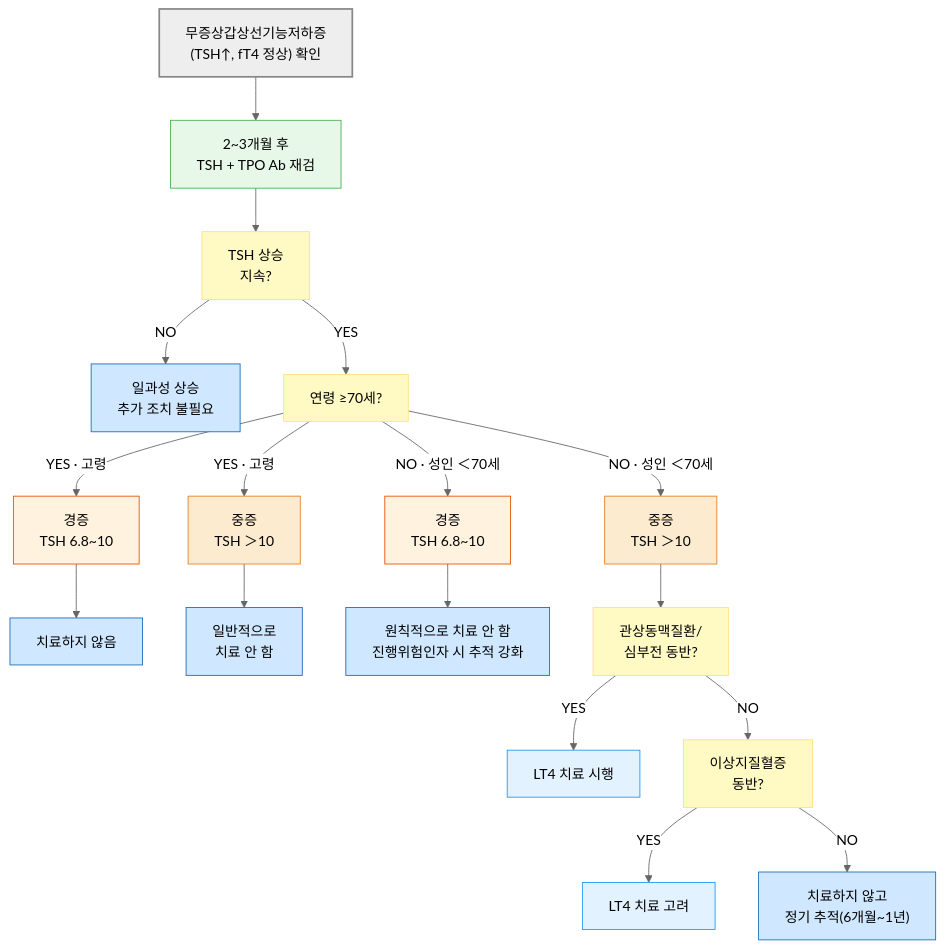
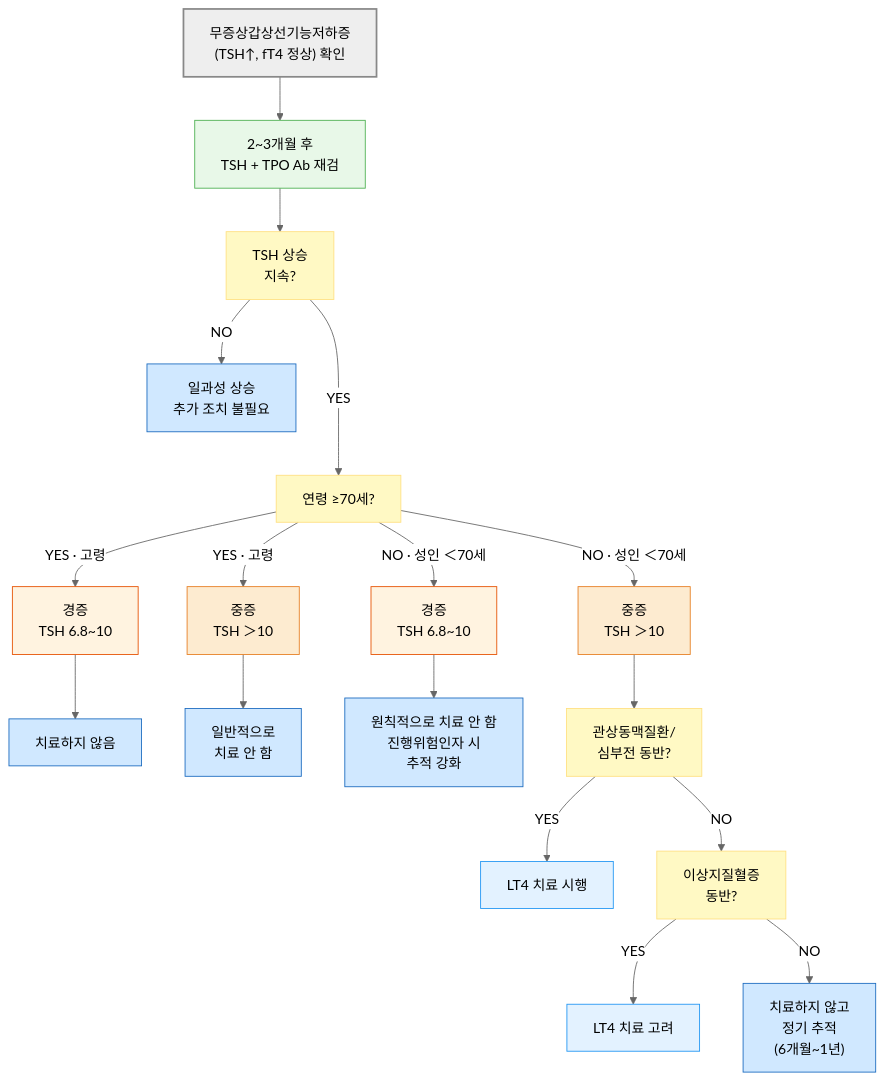
One commit to familyoh77/familyoh77 changed the second of 2 diagrams in 226_/105_-hypothyroidism.md. Above: the diagram before and after it, drawn with Mermaid (neutral theme).

Commit message:
GITBOOK-1206: No subject

````diff
--- a/226_/105_-hypothyroidism.md
+++ b/226_/105_-hypothyroidism.md
@@ -330,32 +330,34 @@
 ```mermaid
 flowchart TD
     Start["무증상갑상선기능저하증<br>(TSH↑, fT4 정상) 확인"] --> Retest["2~3개월 후<br>TSH + TPO Ab 재검"]
     Retest --> Persist["TSH 상승<br>지속?"]
     Persist -->|NO| Resolve["일과성 상승<br>추가 조치 불필요"]
-    Persist -->|YES| Age["연령 ≥70세?"]
+    Persist --->|YES| Age["연령 ≥70세?"]
     Age -->|YES · 고령| ElderlyMild["경증<br>TSH 6.8~10"]
     Age -->|YES · 고령| ElderlySevere["중증<br>TSH ＞10"]
     ElderlyMild --> ElderlyMildTx["치료하지 않음"]
     ElderlySevere --> ElderlySevereTx["일반적으로<br>치료 안 함"]
     Age -->|NO · 성인 ＜70세| AdultMild["경증<br>TSH 6.8~10"]
     Age -->|NO · 성인 ＜70세| AdultSevere["중증<br>TSH ＞10"]
-    AdultMild --> AdultMildTx["원칙적으로 치료 안 함<br>진행위험인자 시 추적 강화"]
+    AdultMild --> AdultMildTx["원칙적으로 치료 안 함<br>진행위험인자 시
+     추적 강화"]
     AdultSevere --> CADHF["관상동맥질환/<br>심부전 동반?"]
     CADHF -->|YES| TxYes["LT4 치료 시행"]
     CADHF -->|NO| Dyslip["이상지질혈증<br>동반?"]
     Dyslip -->|YES| TxConsider["LT4 치료 고려"]
-    Dyslip -->|NO| Observe["치료하지 않고<br>정기 추적(6개월~1년)"]
+    Dyslip -->|NO| Observe["치료하지 않고<br>정기 추적
+    (6개월~1년)"]
 
 style Start fill:#eeeeee,stroke:#888888,stroke-width:2px
 classDef yellow fill:#fff9c4,stroke:#ffe082
 class Age,Persist,CADHF,Dyslip yellow
 classDef orange fill:#fdebd0,stroke:#e67e22
 class ElderlySevere,AdultSevere orange
 classDef orange50 fill:#fff3e0,stroke:#e65100
 class AdultMild,ElderlyMild orange50
 classDef sky fill:#e3f2ff,stroke:#2196f3
 class TxConsider,TxYes sky
 classDef blue fill:#d0e8ff,stroke:#1a6abf
 class Resolve,ElderlyMildTx,ElderlySevereTx,AdultMildTx,Observe blue
 style Retest fill:#e8f8e8,stroke:#4caf50
 ```
````
